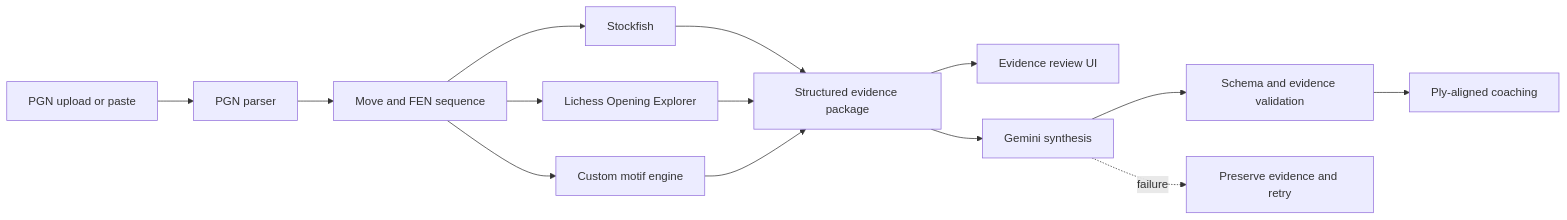
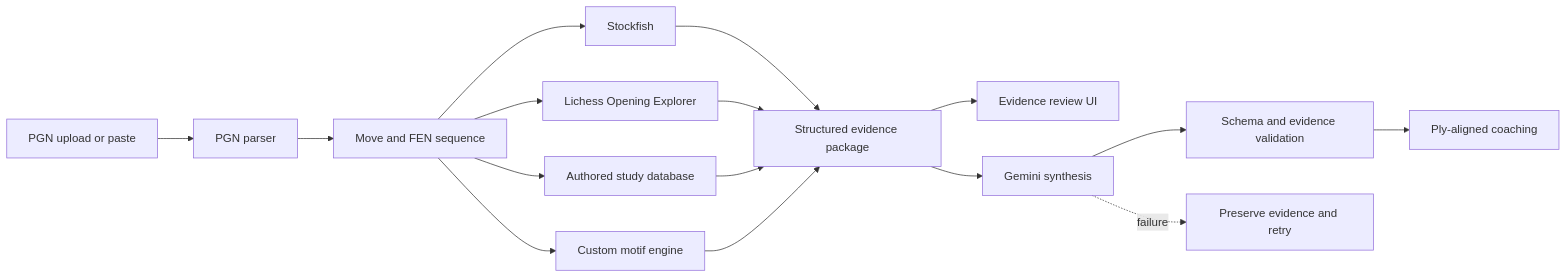
Before and after one commit to PursuitGP/virtual-chess-coach: the diagram in README.md, drawn with Mermaid. The commit also changed other lines of this file and 16 other files, not shown here.

````diff
--- a/README.md
+++ b/README.md
@@ -95,16 +96,18 @@
 ```mermaid
 flowchart LR
     U[PGN upload or paste] --> P[PGN parser]
     P --> F[Move and FEN sequence]
     F --> S[Stockfish]
     F --> L[Lichess Opening Explorer]
+    F --> D[Authored study database]
     F --> M[Custom motif engine]
     S --> E[Structured evidence package]
     L --> E
+    D --> E
     M --> E
     E --> UI[Evidence review UI]
     E --> G[Gemini synthesis]
     G --> V[Schema and evidence validation]
     V --> C[Ply-aligned coaching]
     G -. failure .-> R[Preserve evidence and retry]
 ```
````
